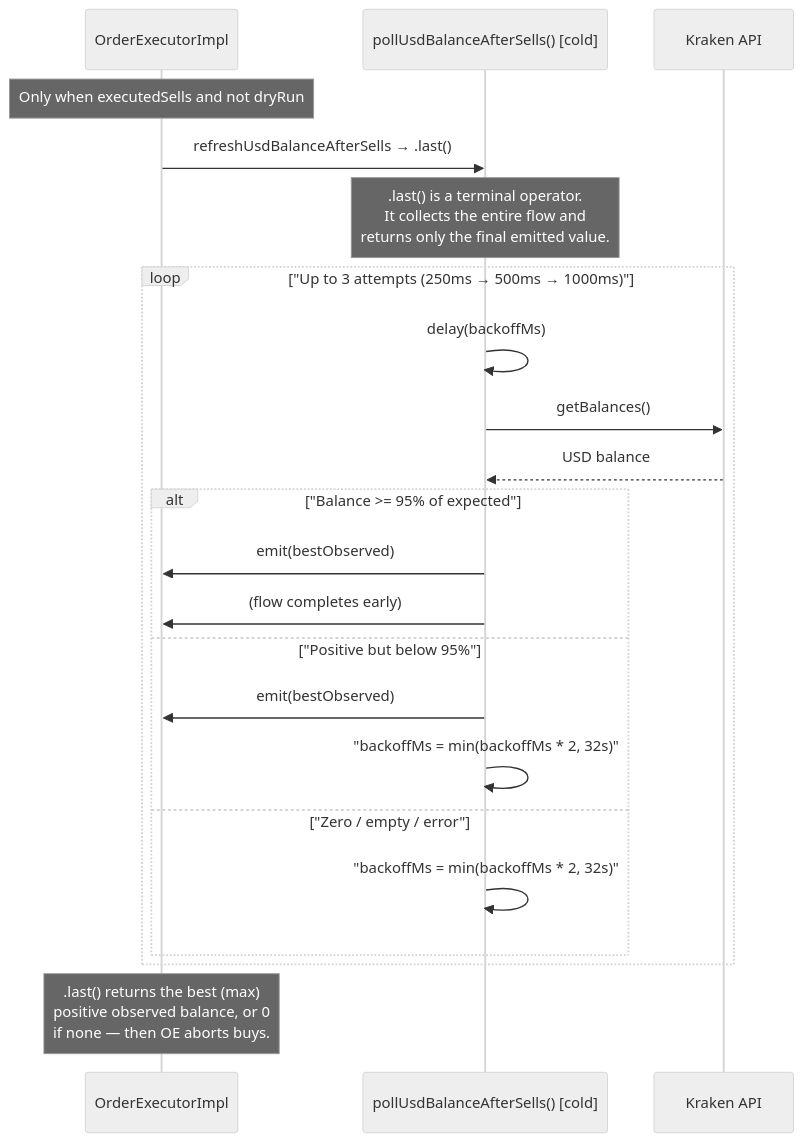
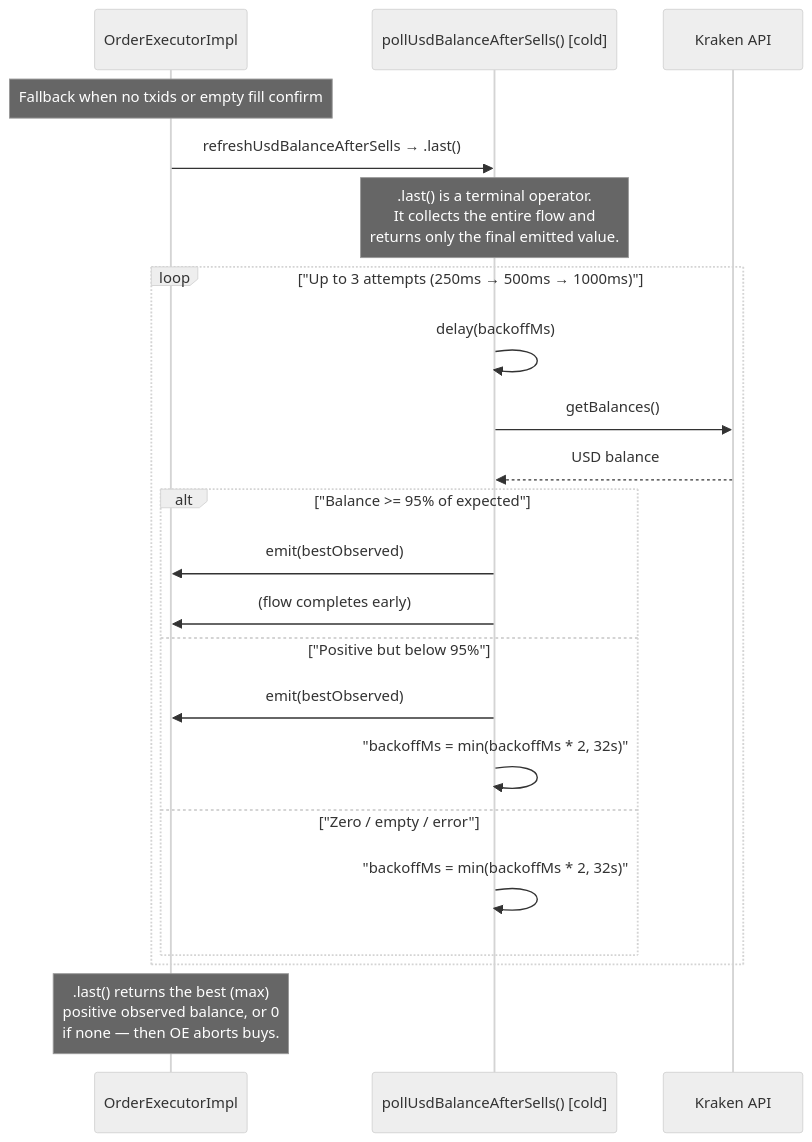
Before and after one commit to HyperVon/new-kraken-rebalancer: the sixth of 6 diagrams in docs/FLOWS.md, drawn with Mermaid (neutral theme). The commit also changed other lines of this file and 58 other files, not shown here.

````diff
--- a/docs/FLOWS.md
+++ b/docs/FLOWS.md
@@ -217,27 +260,27 @@
 ```mermaid
 sequenceDiagram
     participant OE as OrderExecutorImpl
     participant Flow as pollUsdBalanceAfterSells() [cold]
     participant API as Kraken API
 
-    note over OE: Only when executedSells and not dryRun
+    note over OE: Fallback when no txids or empty fill confirm
     OE->>Flow: refreshUsdBalanceAfterSells → .last()
     note over Flow: .last() is a terminal operator.<br/>It collects the entire flow and<br/>returns only the final emitted value.
 
     loop "Up to 3 attempts (250ms → 500ms → 1000ms)"
         Flow->>Flow: delay(backoffMs)
         Flow->>API: getBalances()
         API-->>Flow: USD balance
         alt "Balance >= 95% of expected"
             Flow->>OE: emit(bestObserved)
             Flow->>OE: (flow completes early)
         else "Positive but below 95%"
             Flow->>OE: emit(bestObserved)
             Flow->>Flow: "backoffMs = min(backoffMs * 2, 32s)"
         else "Zero / empty / error"
             Flow->>Flow: "backoffMs = min(backoffMs * 2, 32s)"
         end
     end
 
     note over OE: .last() returns the best (max)<br/>positive observed balance, or 0<br/>if none — then OE aborts buys.
 ```
````
